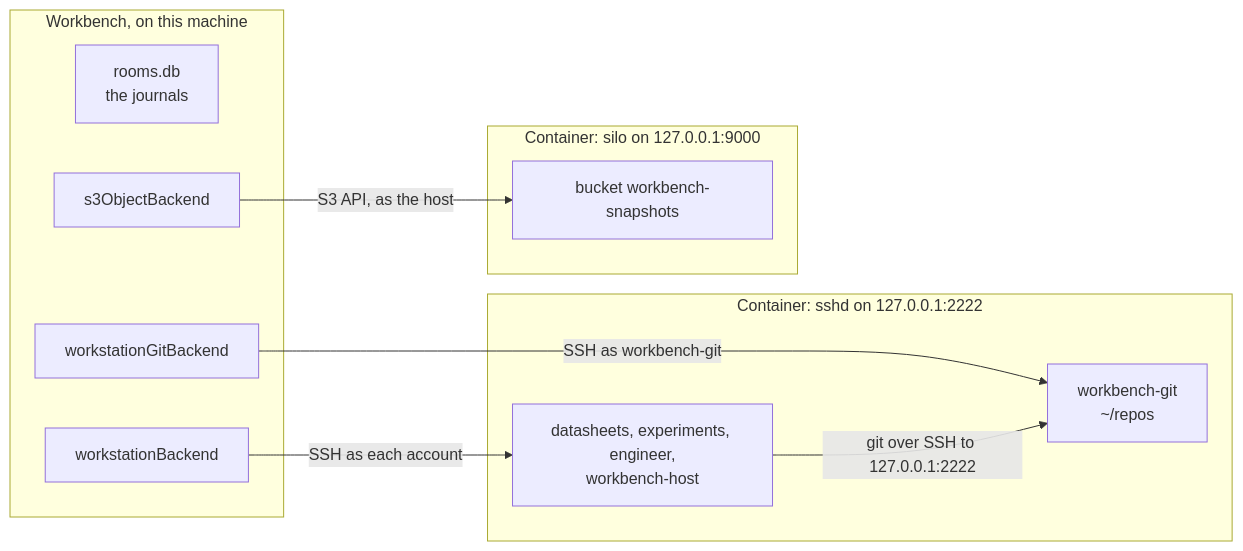
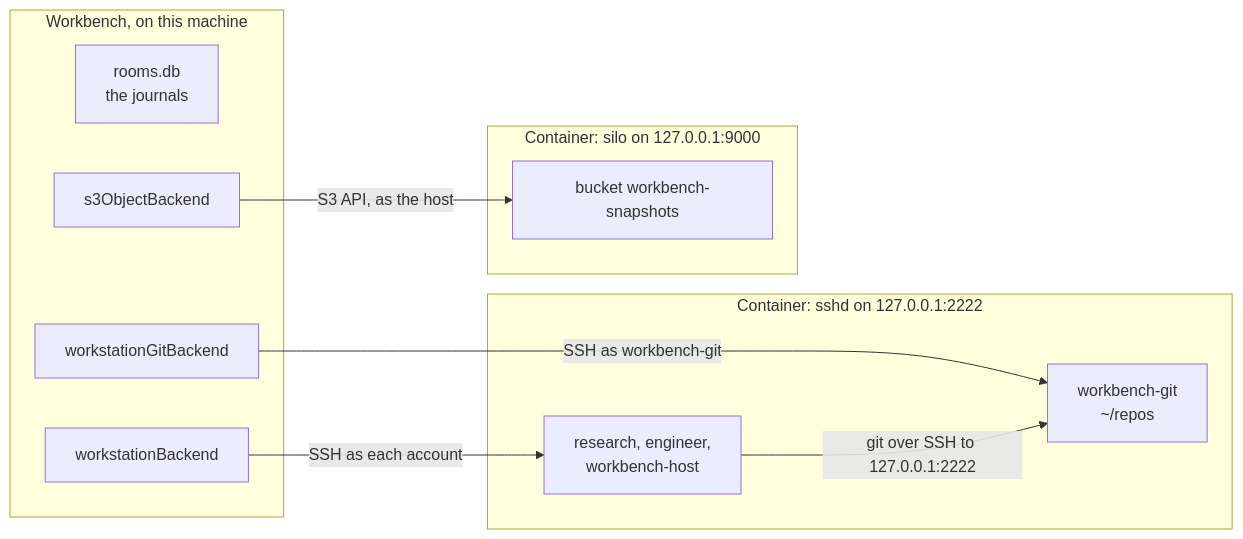
The diagram in workstation/README.md (fastforwardengine/workbench), drawn with Mermaid before and after one commit. The commit also changed other lines of this file and 42 other files, not shown here.

First line of the commit message:
Merge Datasheets and Experiments into one Research specialist

````diff
--- a/workstation/README.md
+++ b/workstation/README.md
@@ -12,20 +12,20 @@
 ```mermaid
 flowchart LR
   subgraph host["Workbench, on this machine"]
     journals["rooms.db<br/>the journals"]
     bash["workstationBackend"]
     git["workstationGitBackend"]
     s3["s3ObjectBackend"]
   end
   subgraph box["Container: sshd on 127.0.0.1:2222"]
-    agents["datasheets, experiments, engineer,<br/>workbench-host"]
+    agents["research, engineer,<br/>workbench-host"]
     repos["workbench-git<br/>~/repos"]
   end
   subgraph store["Container: silo on 127.0.0.1:9000"]
     bucket["bucket workbench-snapshots"]
   end
   bash -- "SSH as each account" --> agents
   git -- "SSH as workbench-git" --> repos
   agents -- "git over SSH to 127.0.0.1:2222" --> repos
   s3 -- "S3 API, as the host" --> bucket
 ```
````
